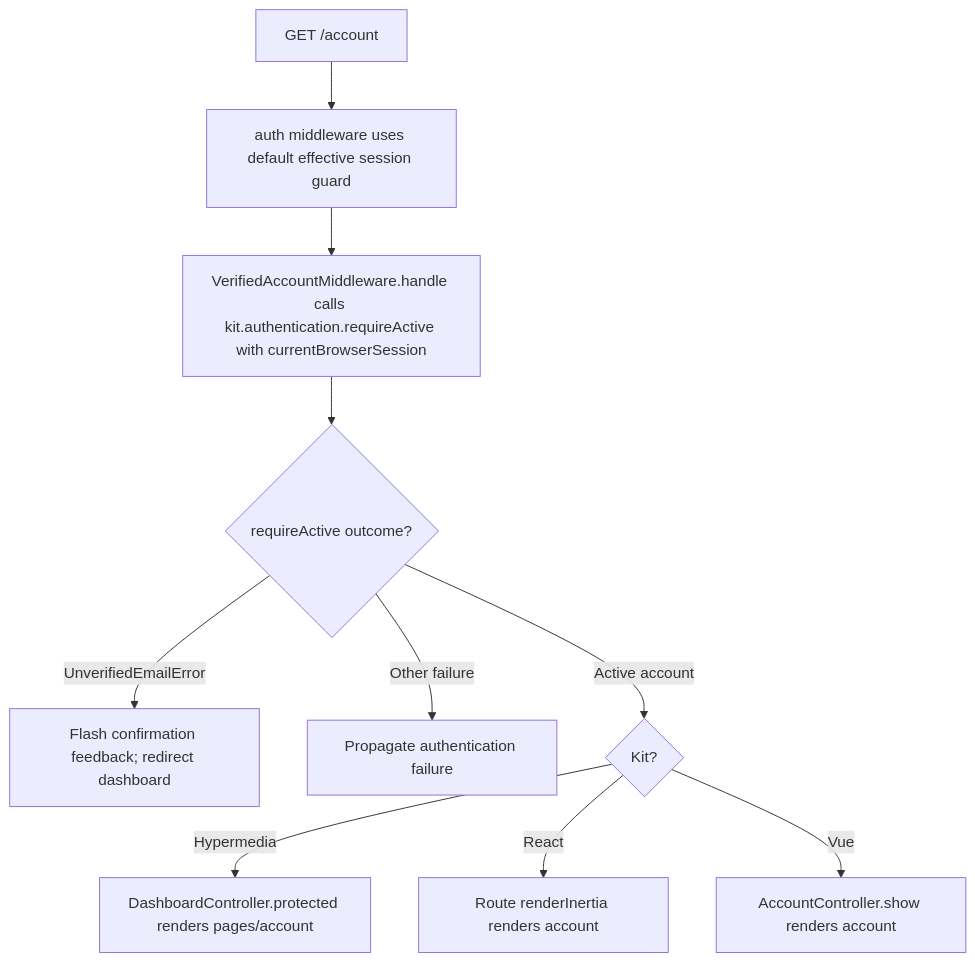
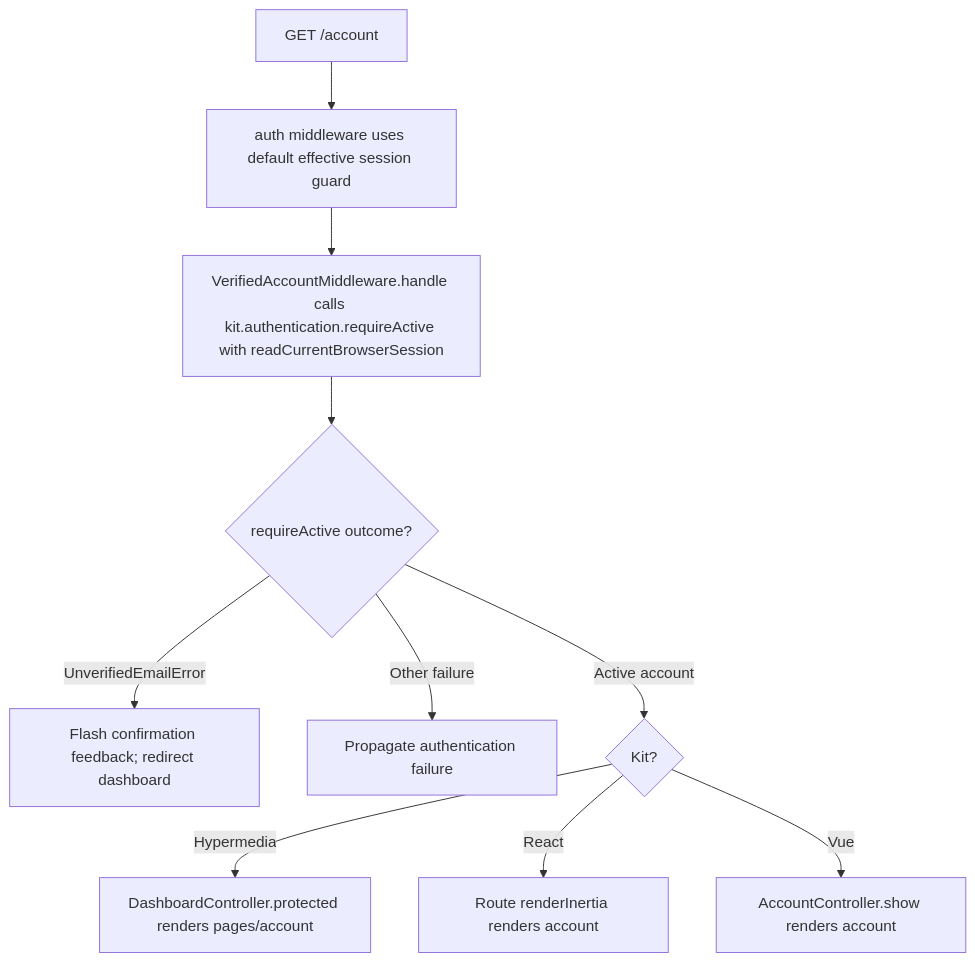
Before and after one commit to Kevinjohn/oss-adonisjs-starter-examples: the second of 2 diagrams in user-stories/accounts/us-account-14-open-protected-account.md, drawn with Mermaid. The commit also changed other lines of this file and 27 other files, not shown here.

````diff
--- a/user-stories/accounts/us-account-14-open-protected-account.md
+++ b/user-stories/accounts/us-account-14-open-protected-account.md
@@ -33,12 +33,12 @@
 ```mermaid
 flowchart TD
     A["GET /account"] --> B["auth middleware uses default effective session guard"]
-    B --> C["VerifiedAccountMiddleware.handle calls kit.authentication.requireActive with currentBrowserSession"]
+    B --> C["VerifiedAccountMiddleware.handle calls kit.authentication.requireActive with readCurrentBrowserSession"]
     C --> D{"requireActive outcome?"}
     D -->|UnverifiedEmailError| E["Flash confirmation feedback; redirect dashboard"]
     D -->|Other failure| F["Propagate authentication failure"]
     D -->|Active account| G{"Kit?"}
     G -->|Hypermedia| H["DashboardController.protected renders pages/account"]
     G -->|React| I["Route renderInertia renders account"]
     G -->|Vue| J["AccountController.show renders account"]
 ```
````
